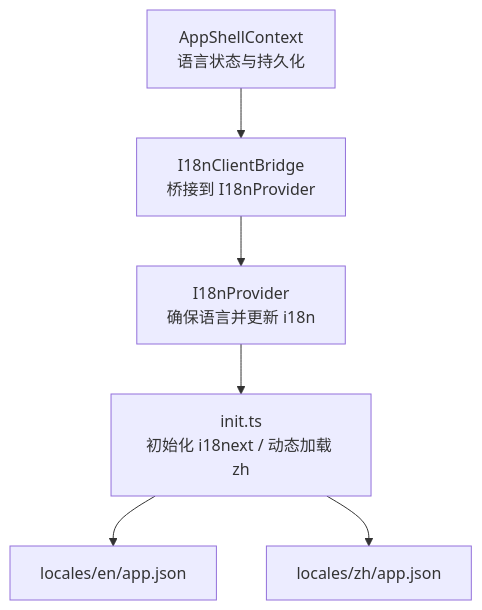
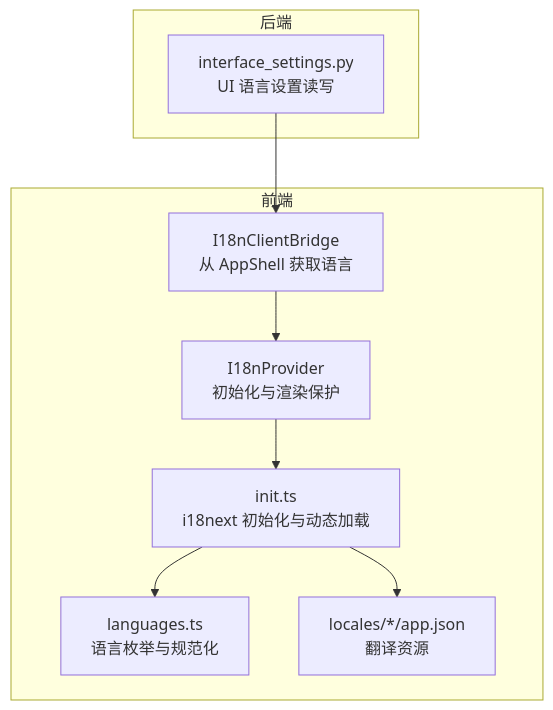
Before and after one commit to gongzili456/DeepTutor: the first of 7 diagrams in .qoder/repowiki/zh/content/前端架构/国际化支持.md, drawn with Mermaid. The commit also changed other lines of this file and 1242 other files, not shown here.

````diff
--- a/.qoder/repowiki/zh/content/前端架构/国际化支持.md
+++ b/.qoder/repowiki/zh/content/前端架构/国际化支持.md
@@ -42,8 +42,18 @@
 ```mermaid
 graph TB
-A["AppShellContext<br/>语言状态与持久化"] --> B["I18nClientBridge<br/>桥接到 I18nProvider"]
-B --> C["I18nProvider<br/>确保语言并更新 i18n"]
-C --> D["init.ts<br/>初始化 i18next / 动态加载 zh"]
-D --> E["locales/en/app.json"]
-D --> F["locales/zh/app.json"]
+subgraph "前端"
+A["I18nProvider<br/>初始化与渲染保护"]
+B["I18nClientBridge<br/>从 AppShell 获取语言"]
+C["init.ts<br/>i18next 初始化与动态加载"]
+D["languages.ts<br/>语言枚举与规范化"]
+E["locales/*/app.json<br/>翻译资源"]
+end
+subgraph "后端"
+F["interface_settings.py<br/>UI 语言设置读写"]
+end
+B --> A
+A --> C
+C --> D
+C --> E
+F --> B
 ```
````
